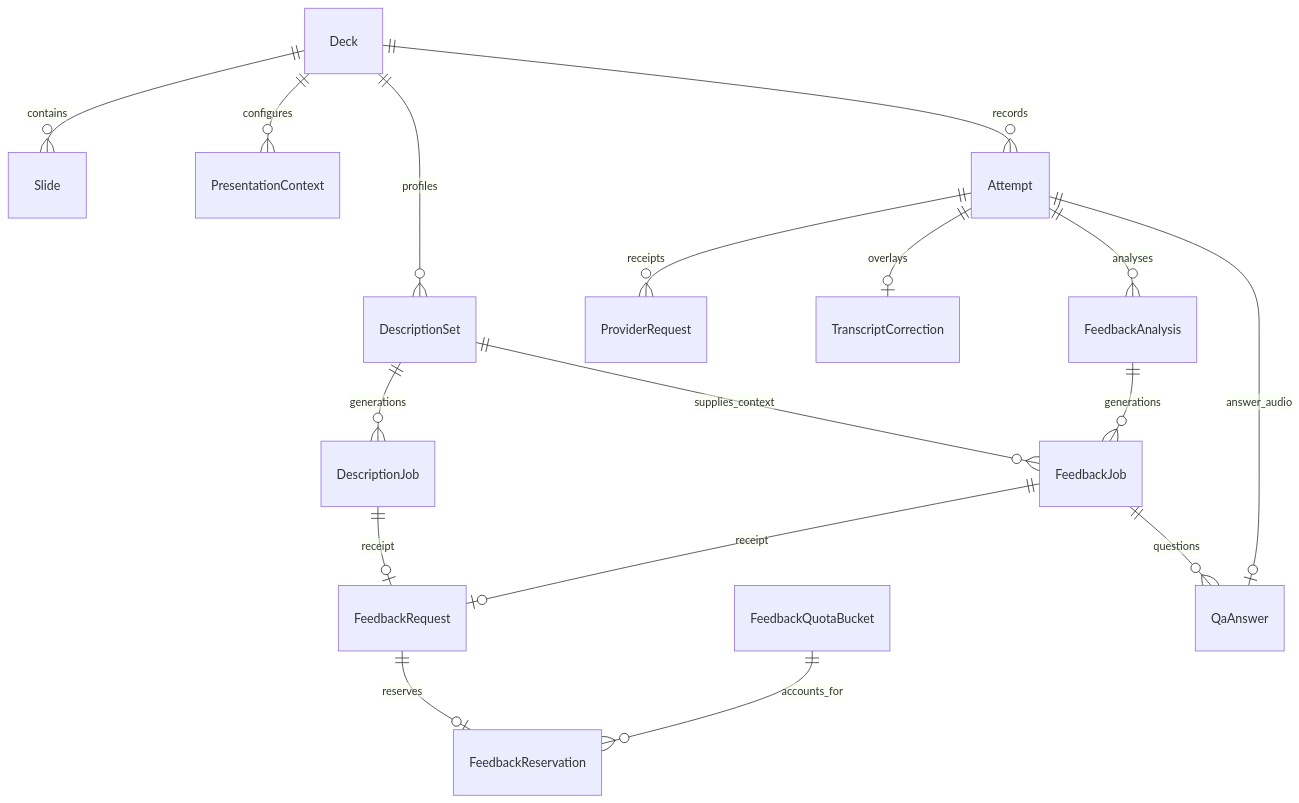
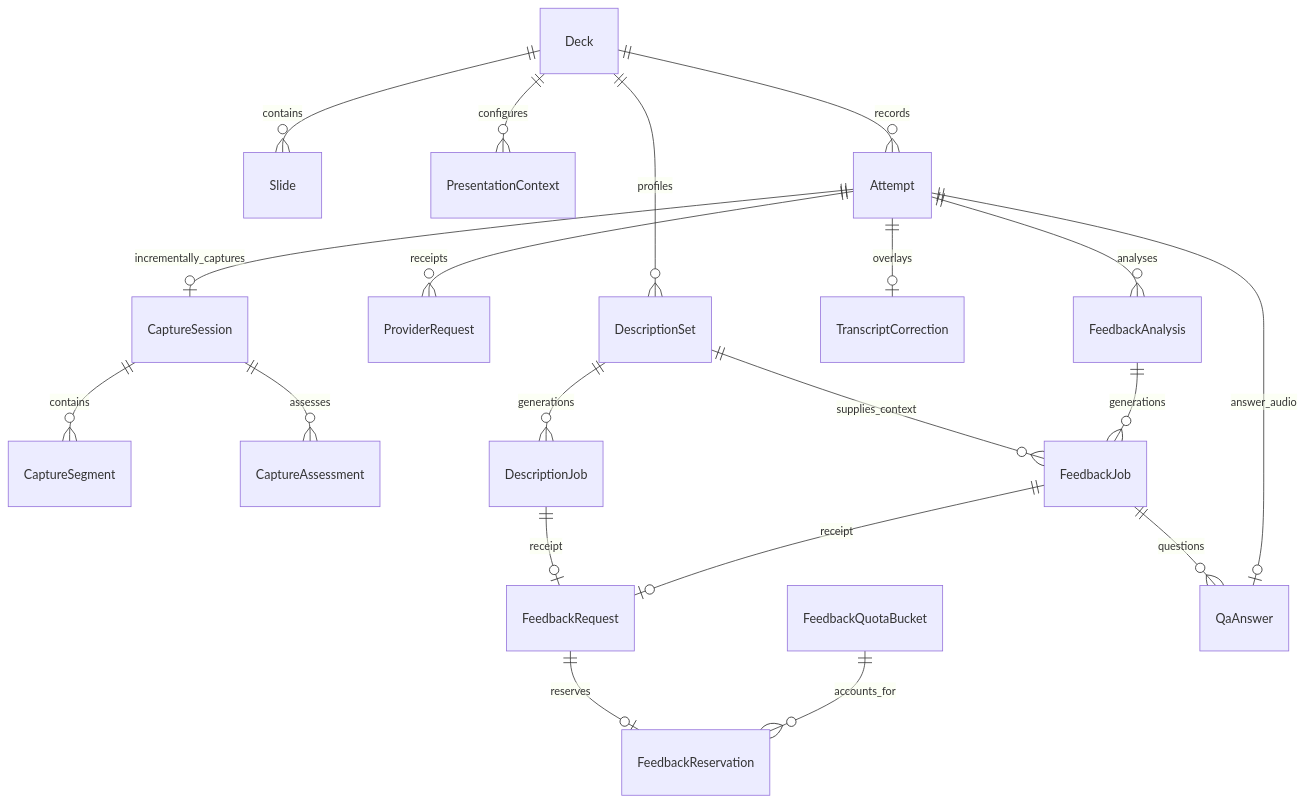
One commit to snuhcs-course/swpp-2026-project-team-07 changed the second of 3 diagrams in docs/design/design-documentation.md. Above: the diagram before and after it, drawn with Mermaid. The commit also changed other lines of this file and 2 other files, not shown here.

````diff
--- a/docs/design/design-documentation.md
+++ b/docs/design/design-documentation.md
@@ -80,19 +81,22 @@
 ```mermaid
 erDiagram
     Deck ||--o{ Slide : contains
     Deck ||--o{ PresentationContext : configures
     Deck ||--o{ Attempt : records
     Deck ||--o{ DescriptionSet : profiles
     Attempt ||--o{ ProviderRequest : receipts
+    Attempt ||--o| CaptureSession : incrementally_captures
+    CaptureSession ||--o{ CaptureSegment : contains
+    CaptureSession ||--o{ CaptureAssessment : assesses
     Attempt ||--o| TranscriptCorrection : overlays
     Attempt ||--o{ FeedbackAnalysis : analyses
     DescriptionSet ||--o{ DescriptionJob : generations
     DescriptionSet ||--o{ FeedbackJob : supplies_context
     FeedbackAnalysis ||--o{ FeedbackJob : generations
     DescriptionJob ||--o| FeedbackRequest : receipt
     FeedbackJob ||--o| FeedbackRequest : receipt
     FeedbackRequest ||--o| FeedbackReservation : reserves
     FeedbackQuotaBucket ||--o{ FeedbackReservation : accounts_for
     FeedbackJob ||--o{ QaAnswer : questions
     Attempt ||--o| QaAnswer : answer_audio
 ```
````
